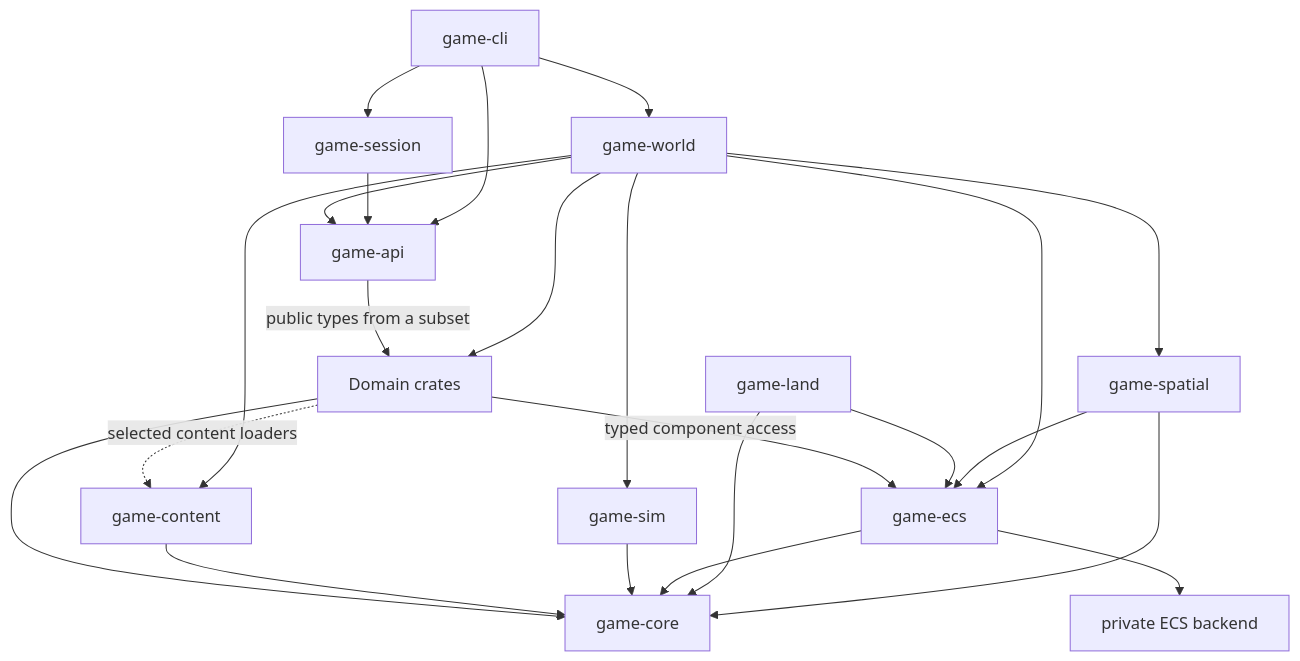
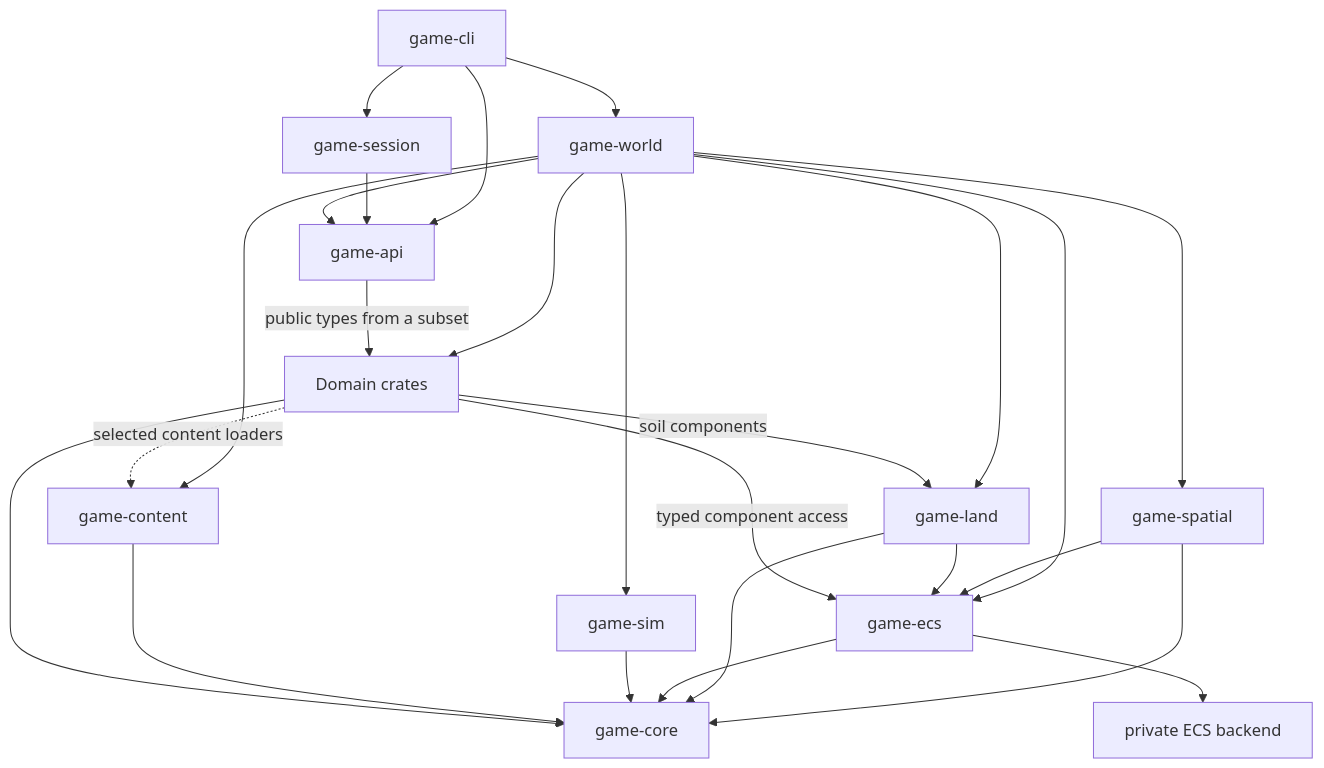
The diagram in crates/README.md (pmarathe25/Legacy), drawn with Mermaid before and after one commit. The commit also changed other lines of this file and 20 other files, not shown here.

Commit message:
Retain shared soil across undeveloped land and cultivation

````diff
--- a/crates/README.md
+++ b/crates/README.md
@@ -9,25 +9,27 @@
 ```mermaid
 flowchart TD
     CLI[game-cli] --> Session[game-session]
     CLI --> World[game-world]
     CLI --> API[game-api]
     Session --> API
     World --> API
     World --> Sim[game-sim]
     World --> Content[game-content]
     World --> ECS
+    World --> Land[game-land]
     World --> Spatial[game-spatial]
     Spatial --> ECS
     Spatial --> Core
-    Land[game-land] --> ECS
+    Land --> ECS
     Land --> Core
+    Domains -->|soil components| Land
     Domains -->|typed component access| ECS[game-ecs]
     ECS --> Core
     ECS --> Backend[private ECS backend]
     World --> Domains[Domain crates]
     API -->|public types from a subset| Domains
     Sim --> Core[game-core]
     Content --> Core
     Domains --> Core
     Domains -. selected content loaders .-> Content
 ```
````
